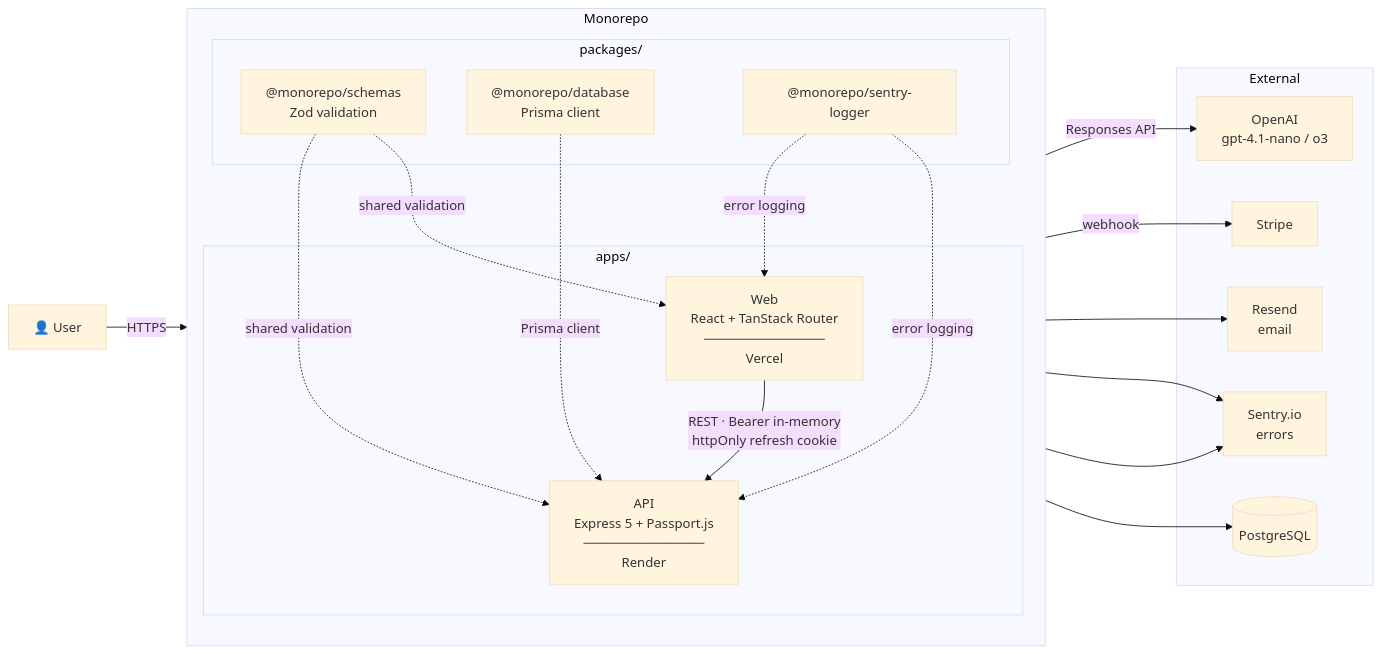
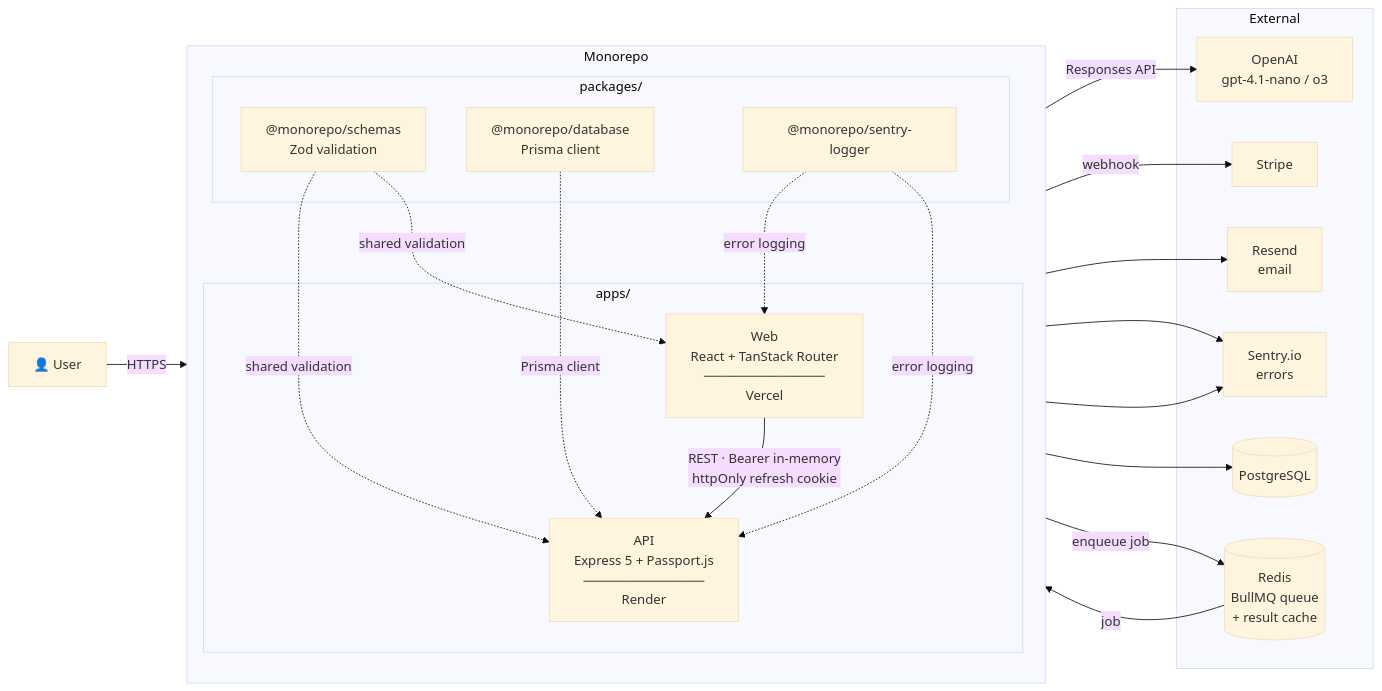
Before and after one commit to Patrykbarc/ats-resume-analyzer: the first of 3 diagrams in README.md, drawn with Mermaid (base theme). The commit also changed other lines of this file, not shown here.

````diff
--- a/README.md
+++ b/README.md
@@ -11,40 +11,43 @@
 ```mermaid
 flowchart LR
   User["👤 User"]
 
   subgraph Monorepo
     direction TB
     subgraph apps["apps/"]
       Web["Web\nReact + TanStack Router\n─────────────\nVercel"]
       API["API\nExpress 5 + Passport.js\n─────────────\nRender"]
     end
     subgraph packages["packages/"]
       Schemas["@monorepo/schemas\nZod validation"]
       Database["@monorepo/database\nPrisma client"]
       Sentry["@monorepo/sentry-logger"]
     end
   end
 
   subgraph External
     OpenAI["OpenAI\ngpt-4.1-nano / o3"]
     Stripe["Stripe"]
     Resend["Resend\nemail"]
     SentryIO["Sentry.io\nerrors"]
     DB[("PostgreSQL")]
+    Redis[("Redis\nBullMQ queue\n+ result cache")]
   end
 
   User -->|"HTTPS"| Web
   Web -->|"REST · Bearer in-memory\nhttpOnly refresh cookie"| API
   API --> DB
   API -->|"Responses API"| OpenAI
   API -->|"webhook"| Stripe
   API --> Resend
   API --> SentryIO
   Web --> SentryIO
+  API -->|"enqueue job"| Redis
+  Redis -->|"job"| API
 
   Schemas -. "shared validation" .-> Web
   Schemas -. "shared validation" .-> API
   Database -. "Prisma client" .-> API
   Sentry -. "error logging" .-> API
   Sentry -. "error logging" .-> Web
 ```
````
